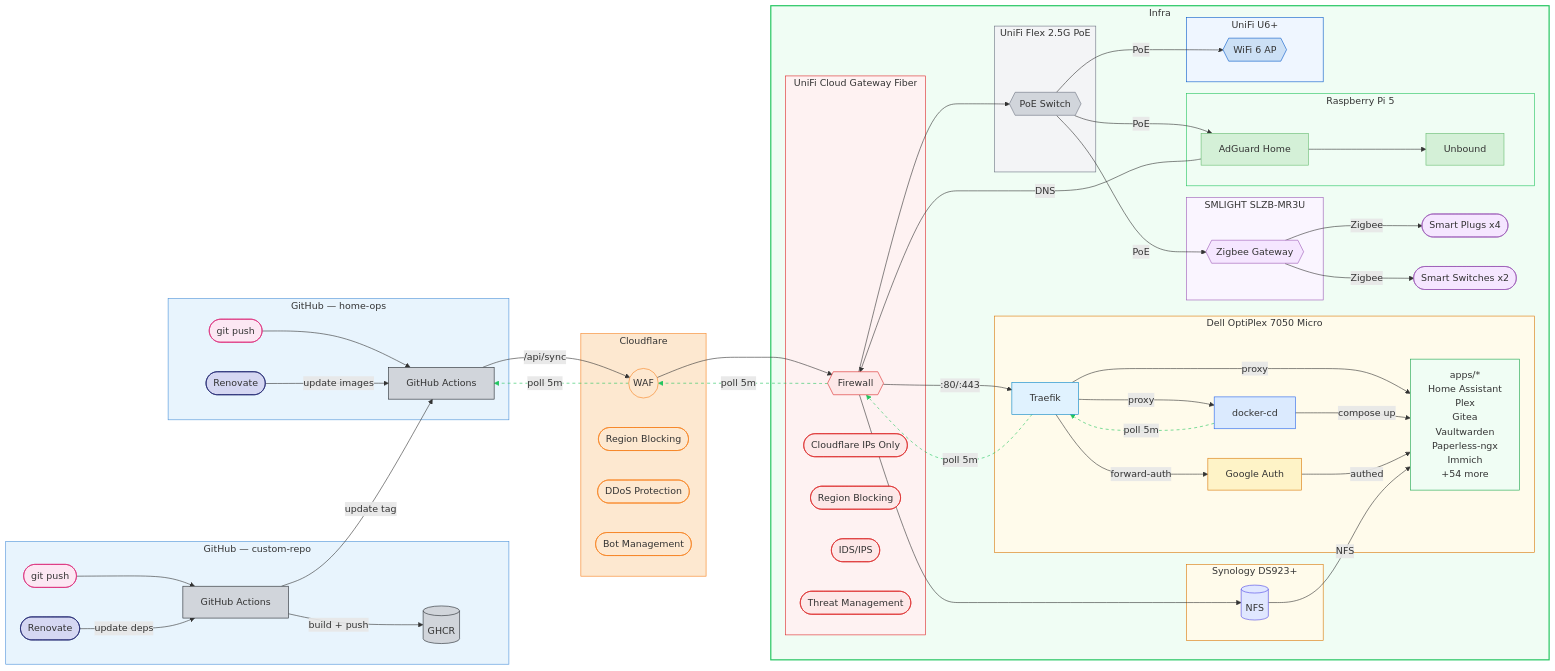
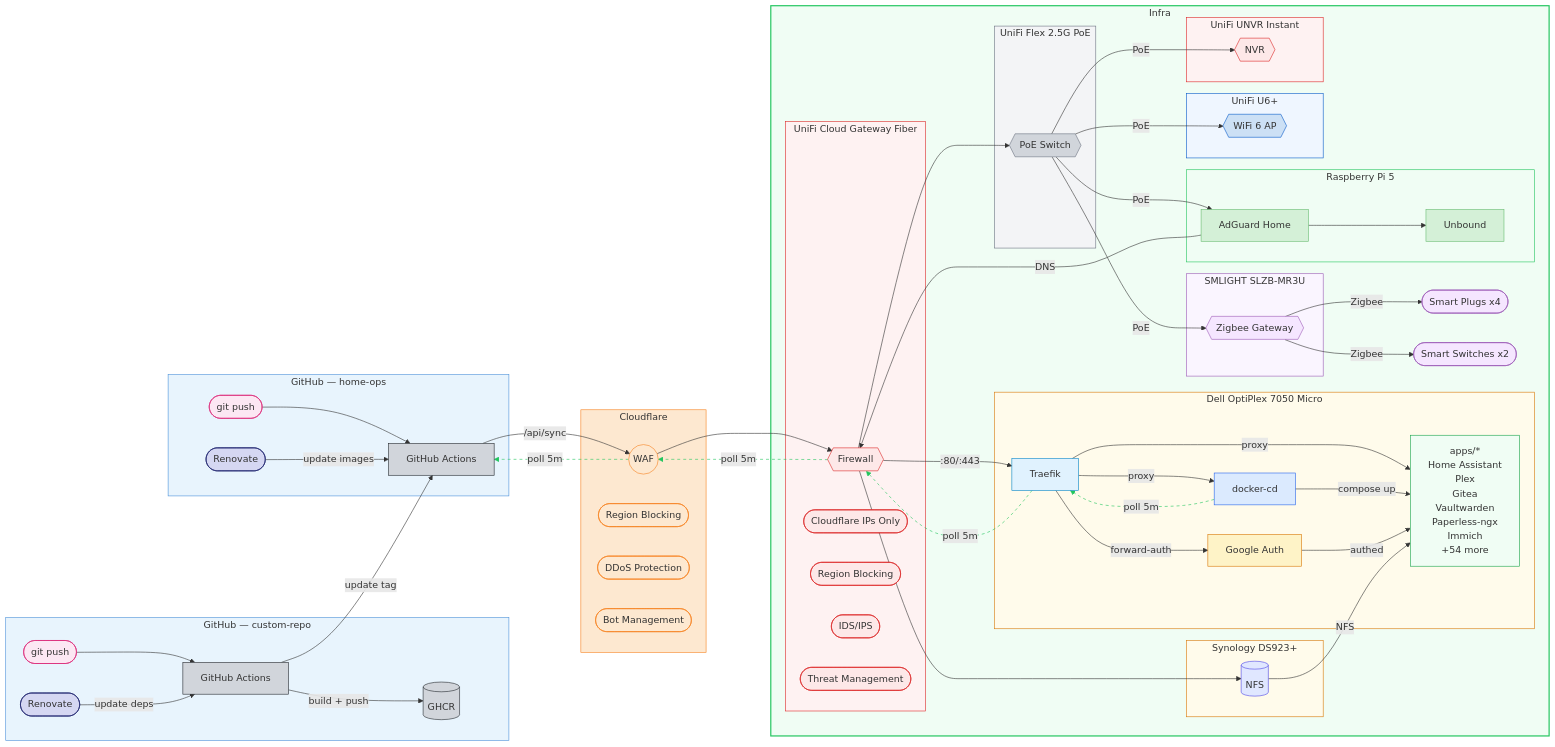
The diagram in README.md (wajeht/home-ops), drawn with Mermaid before and after one commit.

Commit message:
feat: add nvr mermarid chart

```diff
--- a/README.md
+++ b/README.md
@@ -86,6 +86,10 @@
             ap{{WiFi 6 AP}}
         end
 
+        subgraph unvr[UniFi UNVR Instant]
+            nvr{{NVR}}
+        end
+
         nfs -->|NFS| apps
         adguard -->|DNS| unifi
         unifi --> nfs
@@ -96,6 +100,8 @@
     end
 
     docker_cd -.->|poll 5m| traefik -.->|poll 5m| unifi -.->|poll 5m| cf -.->|poll 5m| ops_ci
+
+    poe -->|PoE| nvr
 
     style app_repo fill:#e8f4fd,stroke:#4a90d9
     style ops_repo fill:#e8f4fd,stroke:#4a90d9
@@ -134,6 +140,8 @@
     style slzb fill:#faf5ff,stroke:#9b59b6
     style uswflex fill:#f3f4f6,stroke:#6b7280
     style u6 fill:#eff6ff,stroke:#0559c9
+    style unvr fill:#fef2f2,stroke:#dc2626
+    style nvr fill:#fde8e8,stroke:#dc2626,color:#333
     style plugs fill:#f5e6ff,stroke:#9b59b6,color:#333
     style switches fill:#f5e6ff,stroke:#9b59b6,color:#333
     linkStyle 24 stroke:#22c55e,stroke-dasharray:5
```
